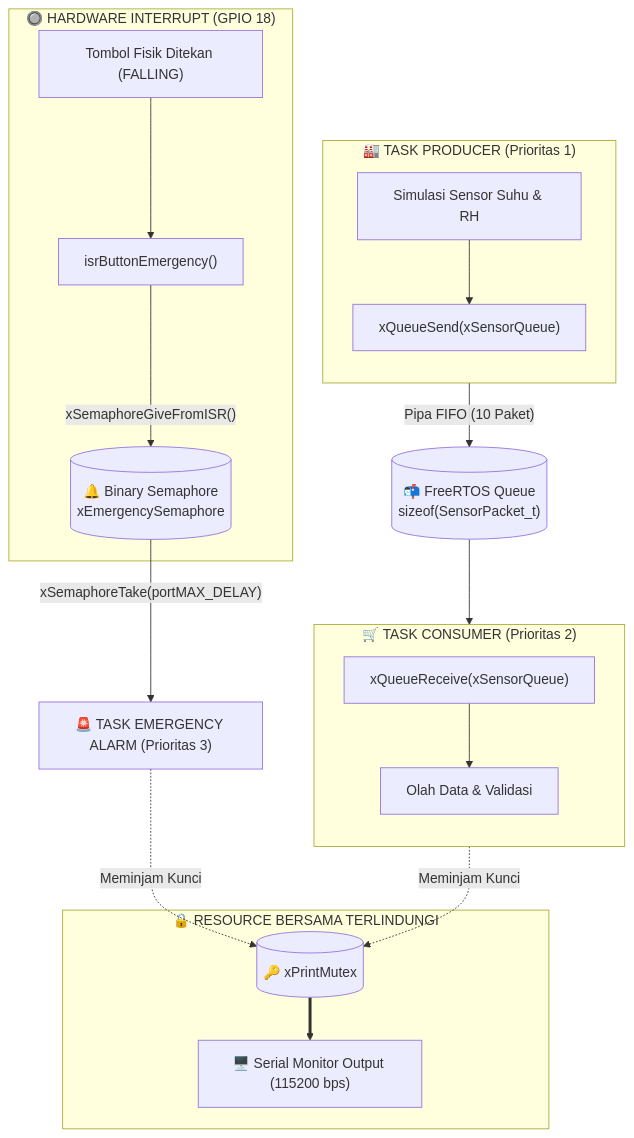
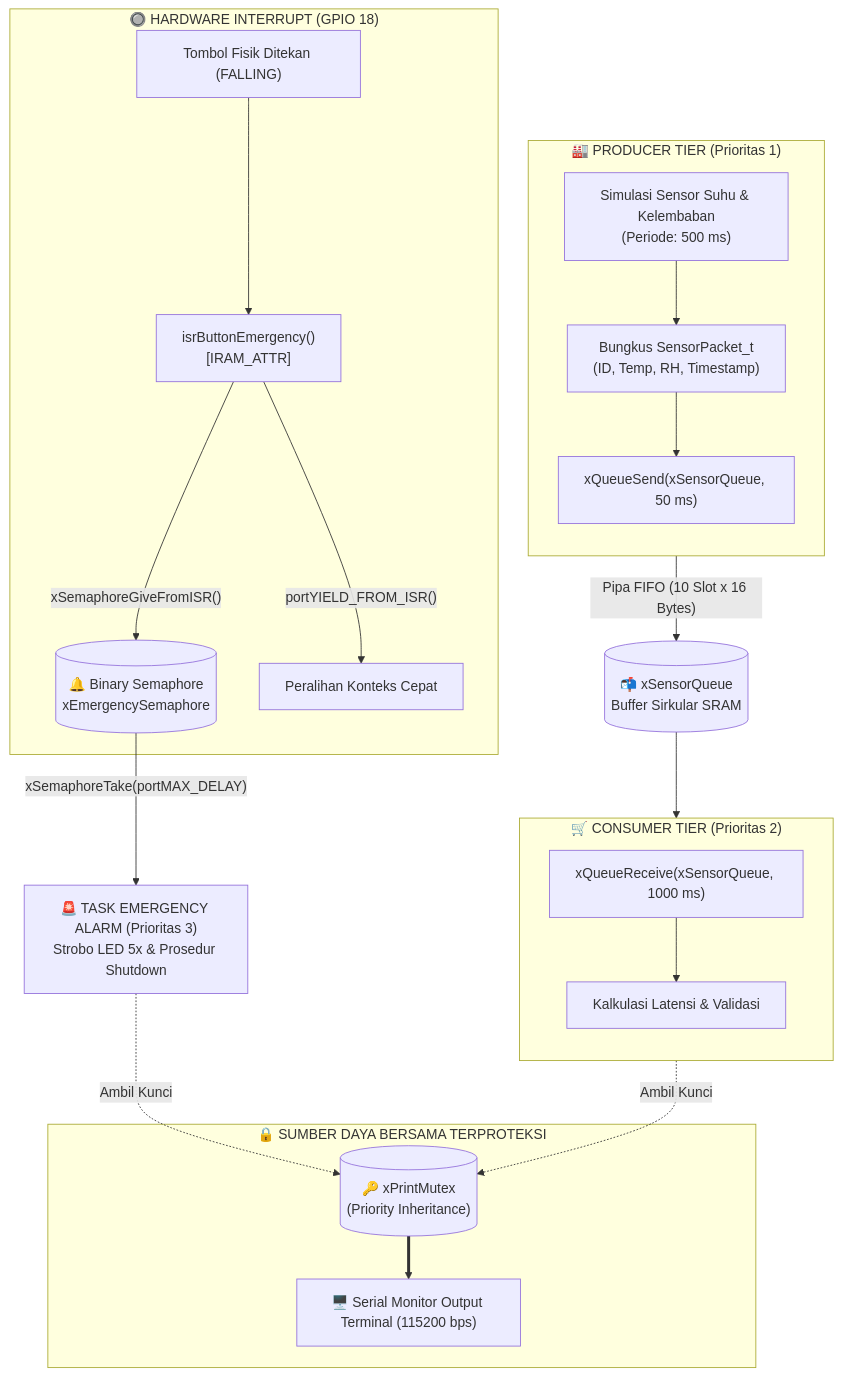
The second of 2 diagrams in labs/week-09-freertos-ipc-queue-mutex/README.md (antonprafanto/embeddedsystem), drawn with Mermaid before and after one commit. The commit also changed other lines of this file and 7 other files, not shown here.

Commit message:
docs(week-09): enhance beginner-friendly guide with 6 technical diagrams, onboarding tools, and academic citations

````diff
--- a/labs/week-09-freertos-ipc-queue-mutex/README.md
+++ b/labs/week-09-freertos-ipc-queue-mutex/README.md
@@ -75,32 +228,34 @@
 ```mermaid
 flowchart TD
-    subgraph PROD ["🏭 TASK PRODUCER (Prioritas 1)"]
+    subgraph SENSOR_TIER ["🏭 PRODUCER TIER (Prioritas 1)"]
         direction TB
-        SENS["Simulasi Sensor Suhu & RH"] --> SEND["xQueueSend(xSensorQueue)"]
+        SENS["Simulasi Sensor Suhu & Kelembaban<br>(Periode: 500 ms)"] --> PKT["Bungkus SensorPacket_t<br>(ID, Temp, RH, Timestamp)"]
+        PKT --> SEND["xQueueSend(xSensorQueue, 50 ms)"]
     end
 
-    SEND -->|"Pipa FIFO (10 Paket)"| QUEUE[("📬 FreeRTOS Queue<br>sizeof(SensorPacket_t)")]
+    SEND -->|"Pipa FIFO (10 Slot x 16 Bytes)"| QUEUE[("📬 xSensorQueue<br>Buffer Sirkular SRAM")]
 
-    subgraph CONS ["🛒 TASK CONSUMER (Prioritas 2)"]
+    subgraph CONSUMER_TIER ["🛒 CONSUMER TIER (Prioritas 2)"]
         direction TB
-        RECV["xQueueReceive(xSensorQueue)"] --> PROC["Olah Data & Validasi"]
+        RECV["xQueueReceive(xSensorQueue, 1000 ms)"] --> CALC["Kalkulasi Latensi & Validasi"]
     end
 
     QUEUE --> RECV
 
-    subgraph ISR_SRC ["🔘 HARDWARE INTERRUPT (GPIO 18)"]
-        BTN["Tombol Fisik Ditekan (FALLING)"] --> ISR["isrButtonEmergency()"]
+    subgraph INTERRUPT_TIER ["🔘 HARDWARE INTERRUPT (GPIO 18)"]
+        BTN["Tombol Fisik Ditekan (FALLING)"] --> ISR["isrButtonEmergency()<br>[IRAM_ATTR]"]
         ISR -->|"xSemaphoreGiveFromISR()"| SEM[("🔔 Binary Semaphore<br>xEmergencySemaphore")]
+        ISR -->|"portYIELD_FROM_ISR()"| DISP["Peralihan Konteks Cepat"]
     end
 
-    SEM -->|"xSemaphoreTake(portMAX_DELAY)"| EMERG["🚨 TASK EMERGENCY ALARM (Prioritas 3)"]
+    SEM -->|"xSemaphoreTake(portMAX_DELAY)"| EMERG["🚨 TASK EMERGENCY ALARM (Prioritas 3)<br>Strobo LED 5x & Prosedur Shutdown"]
 
-    subgraph SHARED ["🔒 RESOURCE BERSAMA TERLINDUNGI"]
-        MUTEX[("🔑 xPrintMutex")]
-        SERIAL_OUT["🖥️ Serial Monitor Output (115200 bps)"]
+    subgraph SHARED_RES ["🔒 SUMBER DAYA BERSAMA TERPROTEKSI"]
+        MUTEX[("🔑 xPrintMutex<br>(Priority Inheritance)")]
+        SERIAL_OUT["🖥️ Serial Monitor Output Terminal (115200 bps)"]
     end
 
-    PROC -. Meminjam Kunci .-> MUTEX
-    EMERG -. Meminjam Kunci .-> MUTEX
+    CALC -. Ambil Kunci .-> MUTEX
+    EMERG -. Ambil Kunci .-> MUTEX
     MUTEX ==> SERIAL_OUT
 ```
````
